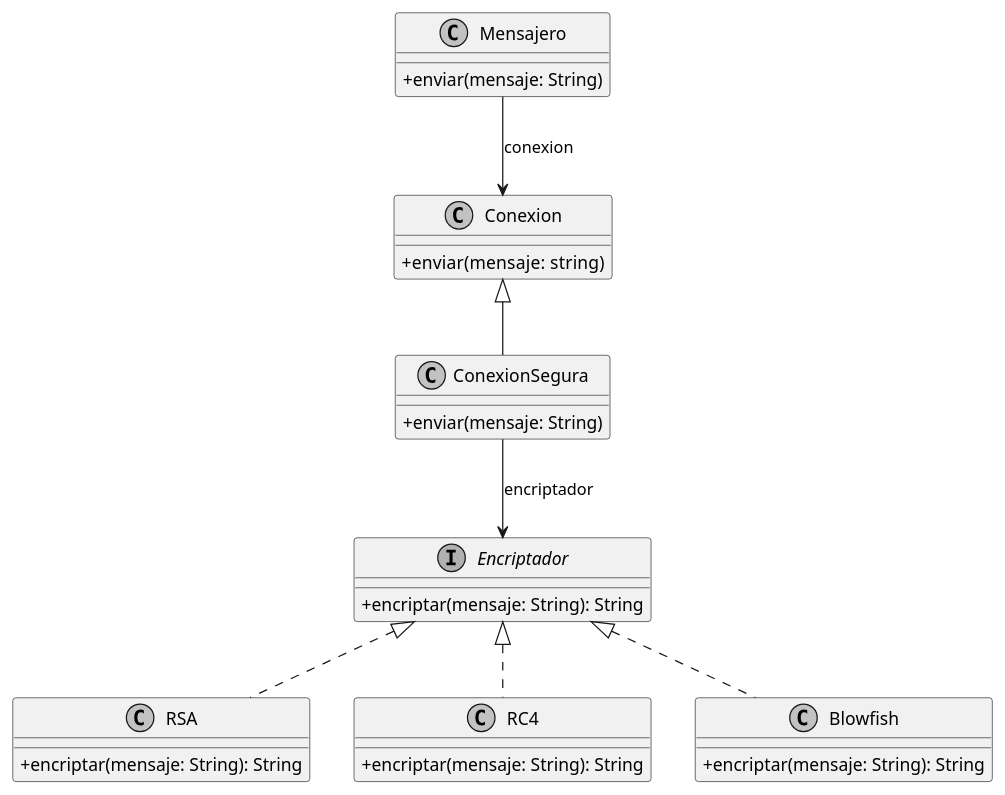
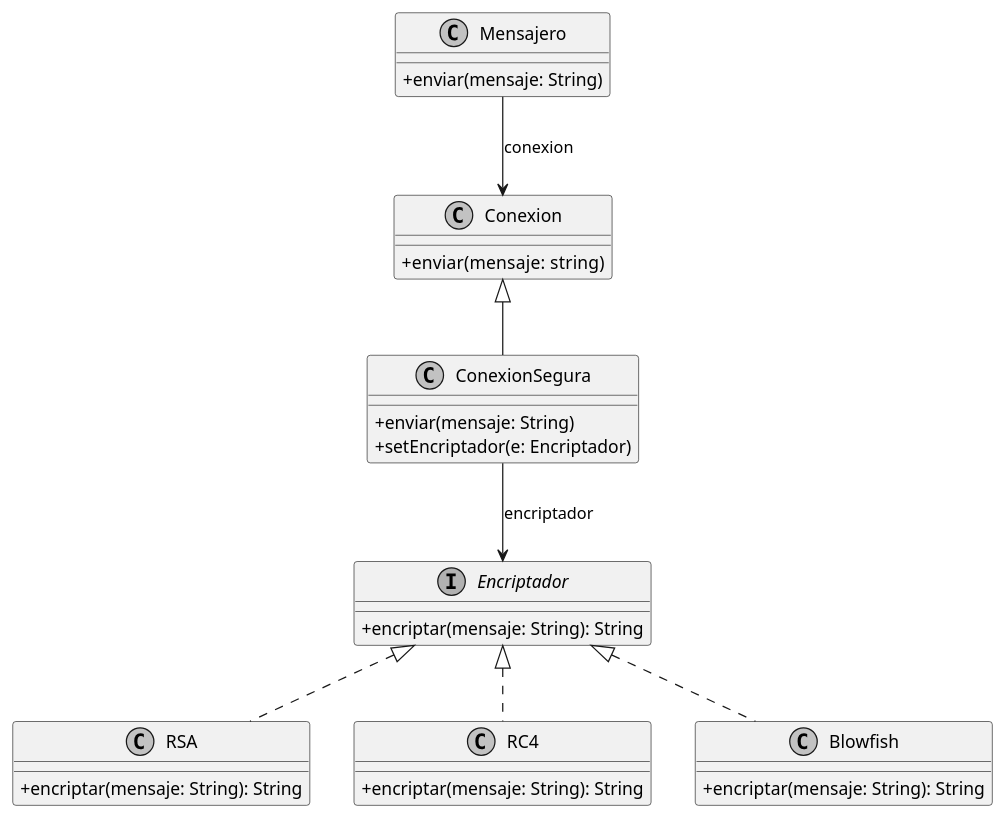
The diagram in src/main/java/practica3/ejercicio2/ej2.wsd (cd-paliv/oo2), drawn with PlantUML before and after one commit. The commit also changed 23 other files, not shown here.

```diff
--- a/src/main/java/practica3/ejercicio2/ej2.wsd
+++ b/src/main/java/practica3/ejercicio2/ej2.wsd
@@ -1,36 +1,37 @@
 @startuml ej2
 skinparam Monochrome true
 skinparam classAttributeIconSize 0
 
 class Mensajero{
  +enviar(mensaje: String)
 }
 class Conexion{
  +enviar(mensaje:  string)
 }
 Mensajero --> Conexion : conexion
 
 class ConexionSegura{
  +enviar(mensaje: String)
+ +setEncriptador(e: Encriptador)
 }
 Conexion <|-- ConexionSegura
 
 interface Encriptador{
  +encriptar(mensaje: String): String
 }
 ConexionSegura --> Encriptador : encriptador
 
 class RSA{
  +encriptar(mensaje: String): String
 }
 class RC4{
  +encriptar(mensaje: String): String
 }
 class Blowfish{
  +encriptar(mensaje: String): String
 }
 
 Encriptador <|.. RSA
 Encriptador <|.. RC4
 Encriptador <|.. Blowfish
 @enduml
```
